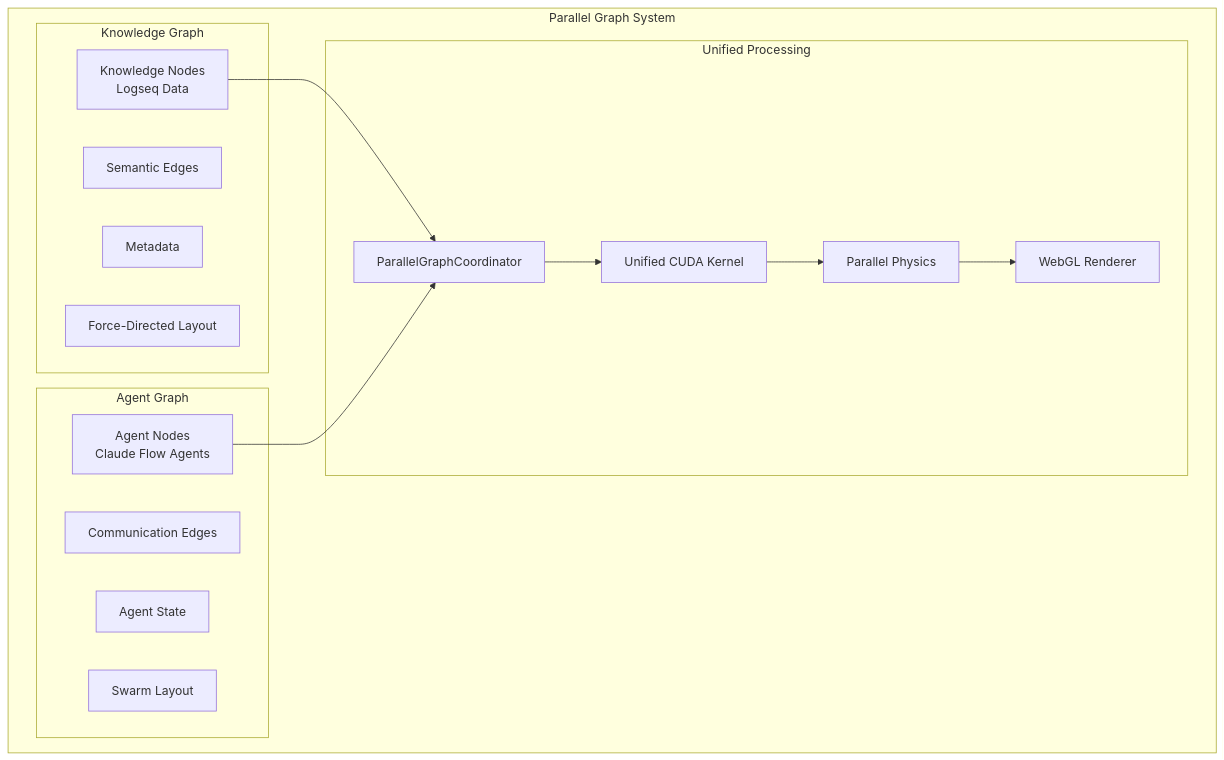
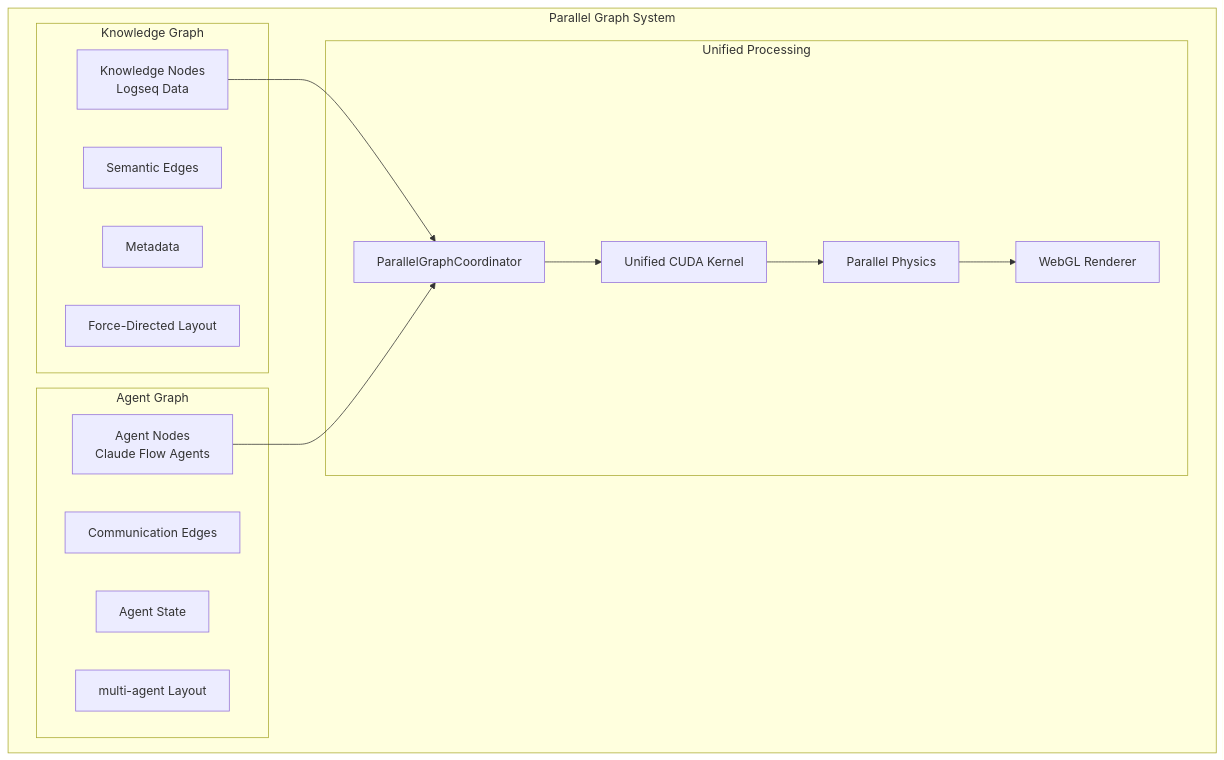
Before and after one commit to DreamLab-AI/VisionFlow: the first of 2 diagrams in docs/architecture/dual-graph.md, drawn with Mermaid. The commit also changed other lines of this file and 62 other files, not shown here.

Commit message:
rename to multiAgent

````diff
--- a/docs/architecture/dual-graph.md
+++ b/docs/architecture/dual-graph.md
@@ -9,31 +9,31 @@
 ```mermaid
 graph TB
     subgraph "Parallel Graph System"
         subgraph "Knowledge Graph"
             KNodes[Knowledge Nodes<br/>Logseq Data]
             KEdges[Semantic Edges]
             KMeta[Metadata]
             KLayout[Force-Directed Layout]
         end
-        
+
         subgraph "Agent Graph"
             ANodes[Agent Nodes<br/>Claude Flow Agents]
             AEdges[Communication Edges]
             AState[Agent State]
-            ALayout[Swarm Layout]
+            ALayout[multi-agent Layout]
         end
-        
+
         subgraph "Unified Processing"
             Coordinator[ParallelGraphCoordinator]
             UnifiedKernel[Unified CUDA Kernel]
             Physics[Parallel Physics]
             Render[WebGL Renderer]
         end
     end
-    
+
     KNodes --> Coordinator
     ANodes --> Coordinator
     Coordinator --> UnifiedKernel
     UnifiedKernel --> Physics
     Physics --> Render
 ```
````
